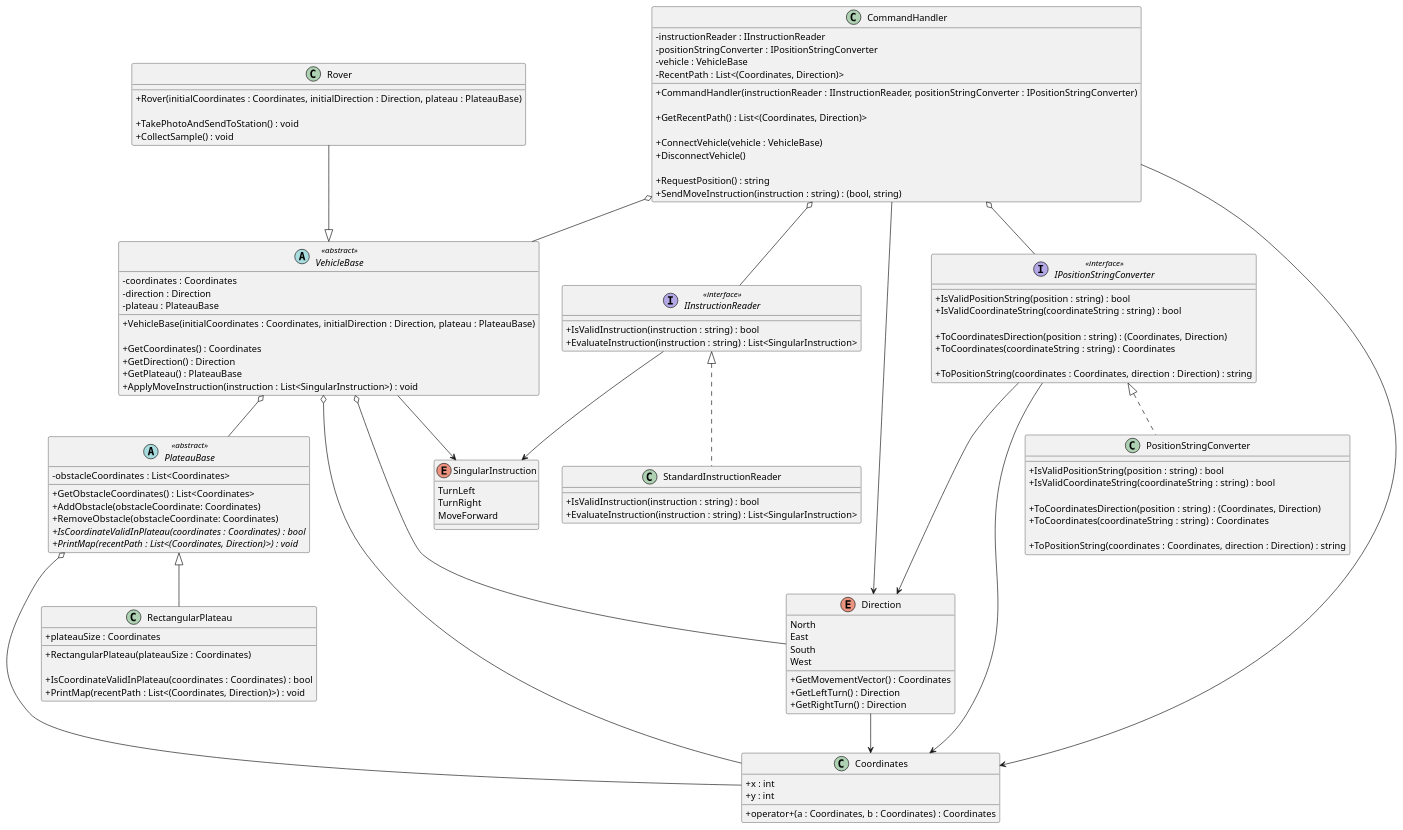
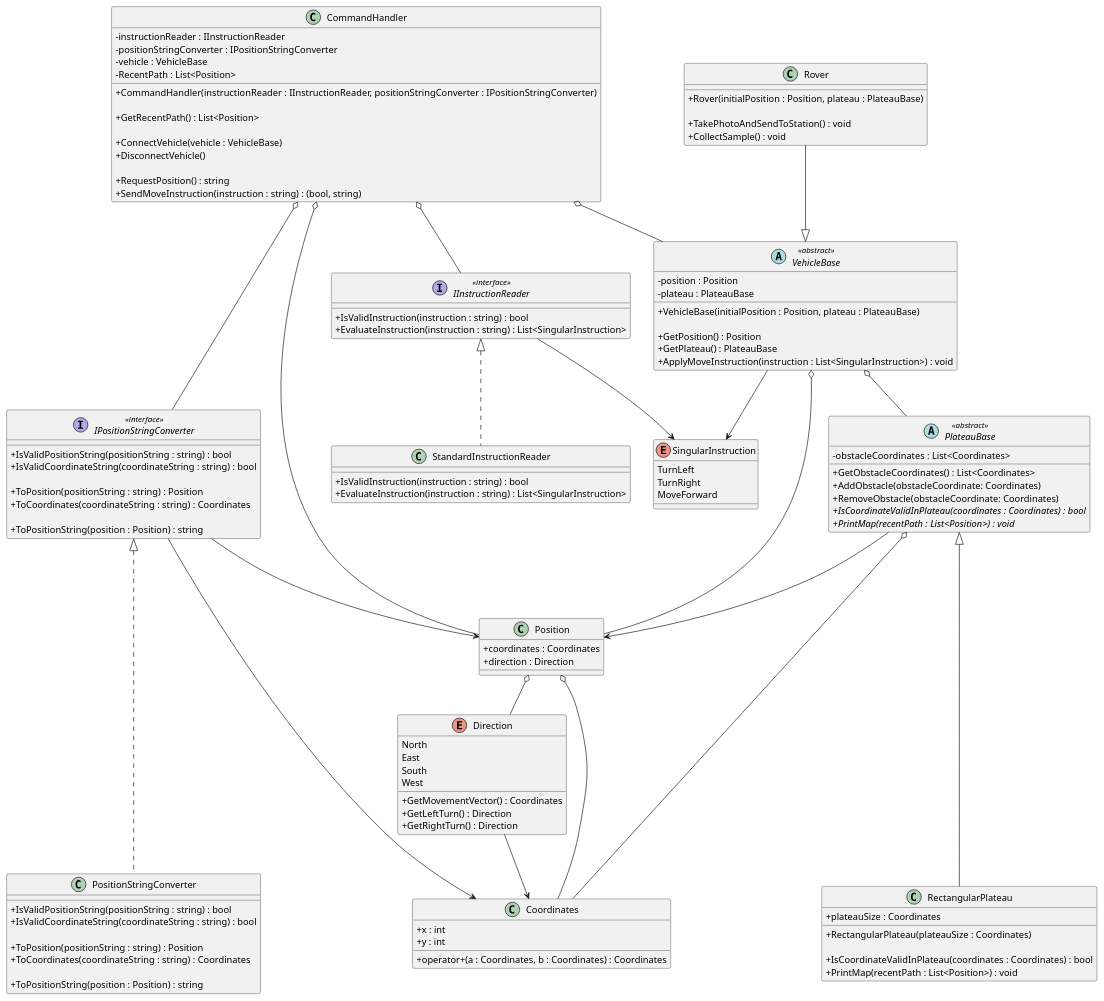
Before and after one commit to iamfranco/MarsRoverChallenge: the diagram in diagrams/MarsRoverChallenge.puml, drawn with PlantUML. The commit also changed 1 other file, not shown here.

Commit message:
UML: add Position class to replace tuple of (Coordinates, Direction)

```diff
--- a/diagrams/MarsRoverChallenge.puml
+++ b/diagrams/MarsRoverChallenge.puml
@@ -1,150 +1,156 @@
 @startuml "Mars Rover Challenge"
 skinparam classAttributeIconSize 0
 
 class CommandHandler
 {
   - instructionReader : IInstructionReader
   - positionStringConverter : IPositionStringConverter
   - vehicle : VehicleBase
-  - RecentPath : List<&#40;Coordinates, Direction&#41;>
+  - RecentPath : List<Position>
 
   + CommandHandler(instructionReader : IInstructionReader, positionStringConverter : IPositionStringConverter)
   
-  + GetRecentPath() : List<(Coordinates, Direction)>
+  + GetRecentPath() : List<Position>
 
   + ConnectVehicle(vehicle : VehicleBase)
   + DisconnectVehicle()
 
   + RequestPosition() : string
   + SendMoveInstruction(instruction : string) : (bool, string)
 }
 
 interface IInstructionReader <<interface>>
 {
   + IsValidInstruction(instruction : string) : bool
   + EvaluateInstruction(instruction : string) : List<SingularInstruction>
 }
 
 enum SingularInstruction
 {
   TurnLeft
   TurnRight
   MoveForward
 }
 
 class StandardInstructionReader
 {
   + IsValidInstruction(instruction : string) : bool
   + EvaluateInstruction(instruction : string) : List<SingularInstruction>
 }
 
 abstract PlateauBase <<abstract>>
 {
   - obstacleCoordinates : List<Coordinates>
 
   + GetObstacleCoordinates() : List<Coordinates>
   + AddObstacle(obstacleCoordinate: Coordinates)
   + RemoveObstacle(obstacleCoordinate: Coordinates)
   {abstract} + IsCoordinateValidInPlateau(coordinates : Coordinates) : bool
-  {abstract} + PrintMap(recentPath : List<(Coordinates, Direction)>) : void
+  {abstract} + PrintMap(recentPath : List<Position>) : void
 }
 
 class RectangularPlateau
 {
   + plateauSize : Coordinates
 
   + RectangularPlateau(plateauSize : Coordinates)
 
   + IsCoordinateValidInPlateau(coordinates : Coordinates) : bool
-  + PrintMap(recentPath : List<(Coordinates, Direction)>) : void
+  + PrintMap(recentPath : List<Position>) : void
 }
 
 class Coordinates
 {
   + x : int
   + y : int
 
   + operator+(a : Coordinates, b : Coordinates) : Coordinates
 }
 
 enum Direction
 {
   North
   East
   South
   West
 
   + GetMovementVector() : Coordinates
   + GetLeftTurn() : Direction
   + GetRightTurn() : Direction
 }
 
 interface IPositionStringConverter <<interface>>
 {
-  + IsValidPositionString(position : string) : bool
+  + IsValidPositionString(positionString : string) : bool
   + IsValidCoordinateString(coordinateString : string) : bool
 
-  + ToCoordinatesDirection(position : string) : (Coordinates, Direction)
+  + ToPosition(positionString : string) : Position
   + ToCoordinates(coordinateString : string) : Coordinates
 
-  + ToPositionString(coordinates : Coordinates, direction : Direction) : string
+  + ToPositionString(position : Position) : string
+}
+
+class Position
+{
+  + coordinates : Coordinates
+  + direction : Direction
 }
 
 class PositionStringConverter
 {
-  + IsValidPositionString(position : string) : bool
+  + IsValidPositionString(positionString : string) : bool
   + IsValidCoordinateString(coordinateString : string) : bool
 
-  + ToCoordinatesDirection(position : string) : (Coordinates, Direction)
+  + ToPosition(positionString : string) : Position
   + ToCoordinates(coordinateString : string) : Coordinates
 
-  + ToPositionString(coordinates : Coordinates, direction : Direction) : string
+  + ToPositionString(position : Position) : string
 }
 
 class Rover
 {
-  + Rover(initialCoordinates : Coordinates, initialDirection : Direction, plateau : PlateauBase)
+  + Rover(initialPosition : Position, plateau : PlateauBase)
 
   + TakePhotoAndSendToStation() : void
   + CollectSample() : void
 }
 
 abstract VehicleBase <<abstract>>
 {
-  - coordinates : Coordinates
-  - direction : Direction
+  - position : Position
   - plateau : PlateauBase
 
-  + VehicleBase(initialCoordinates : Coordinates, initialDirection : Direction, plateau : PlateauBase)
+  + VehicleBase(initialPosition : Position, plateau : PlateauBase)
 
-  + GetCoordinates() : Coordinates
-  + GetDirection() : Direction
+  + GetPosition() : Position
   + GetPlateau() : PlateauBase
   + ApplyMoveInstruction(instruction : List<SingularInstruction>) : void
 }
 
 CommandHandler o-- IInstructionReader
 CommandHandler o-- IPositionStringConverter
 CommandHandler o-- VehicleBase
-CommandHandler -----> Coordinates
-CommandHandler ----> Direction
+CommandHandler o---- Position
 
 IInstructionReader --> SingularInstruction
 IInstructionReader <|.. StandardInstructionReader 
 
 VehicleBase <|-u- Rover
 VehicleBase --> SingularInstruction
-VehicleBase o--- Direction
-VehicleBase o---- Coordinates
+VehicleBase o--- Position
 VehicleBase o-- PlateauBase
 
-IPositionStringConverter <|.. PositionStringConverter
-IPositionStringConverter ---> Direction
+IPositionStringConverter <|..... PositionStringConverter
+IPositionStringConverter ---> Position
 IPositionStringConverter ----> Coordinates
 
-PlateauBase <|-- RectangularPlateau
+PlateauBase <|----- RectangularPlateau
+PlateauBase ---> Position
 PlateauBase o--- Coordinates
 
 Direction --> Coordinates 
 
+Position o-- Direction
+Position o-- Coordinates
+
 @enduml
```
